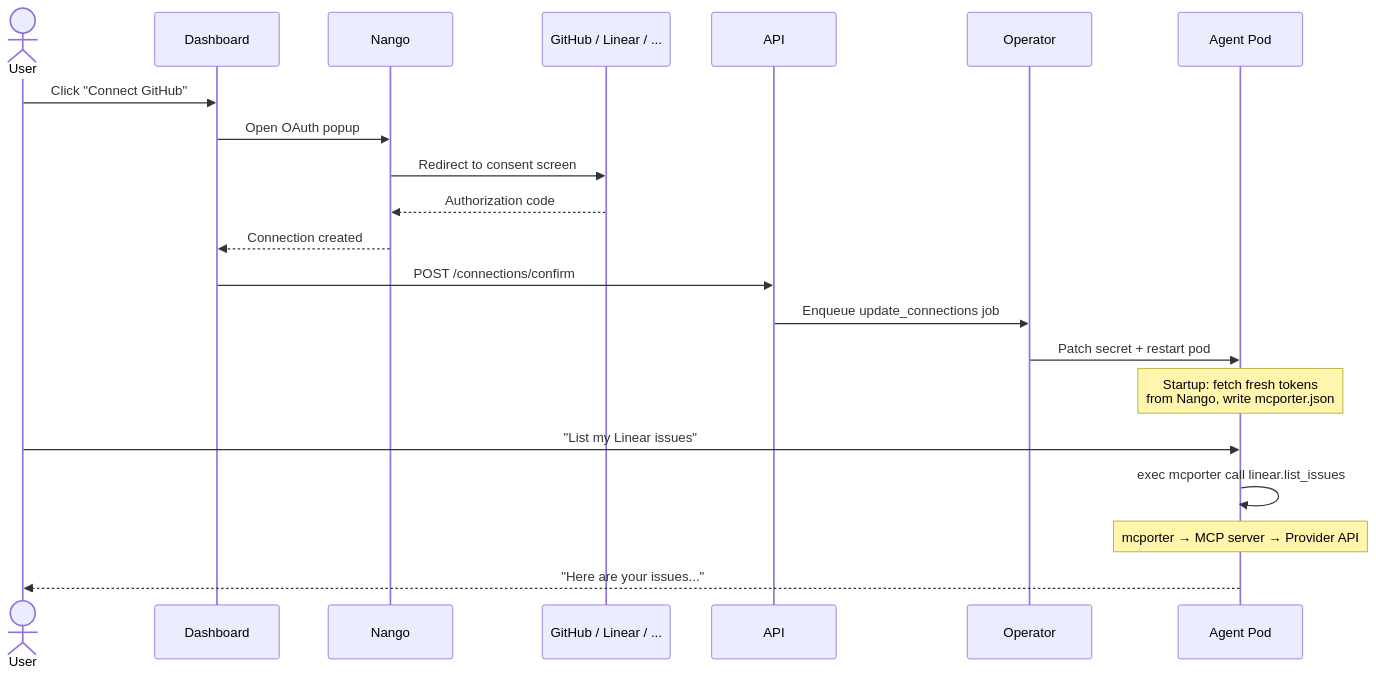
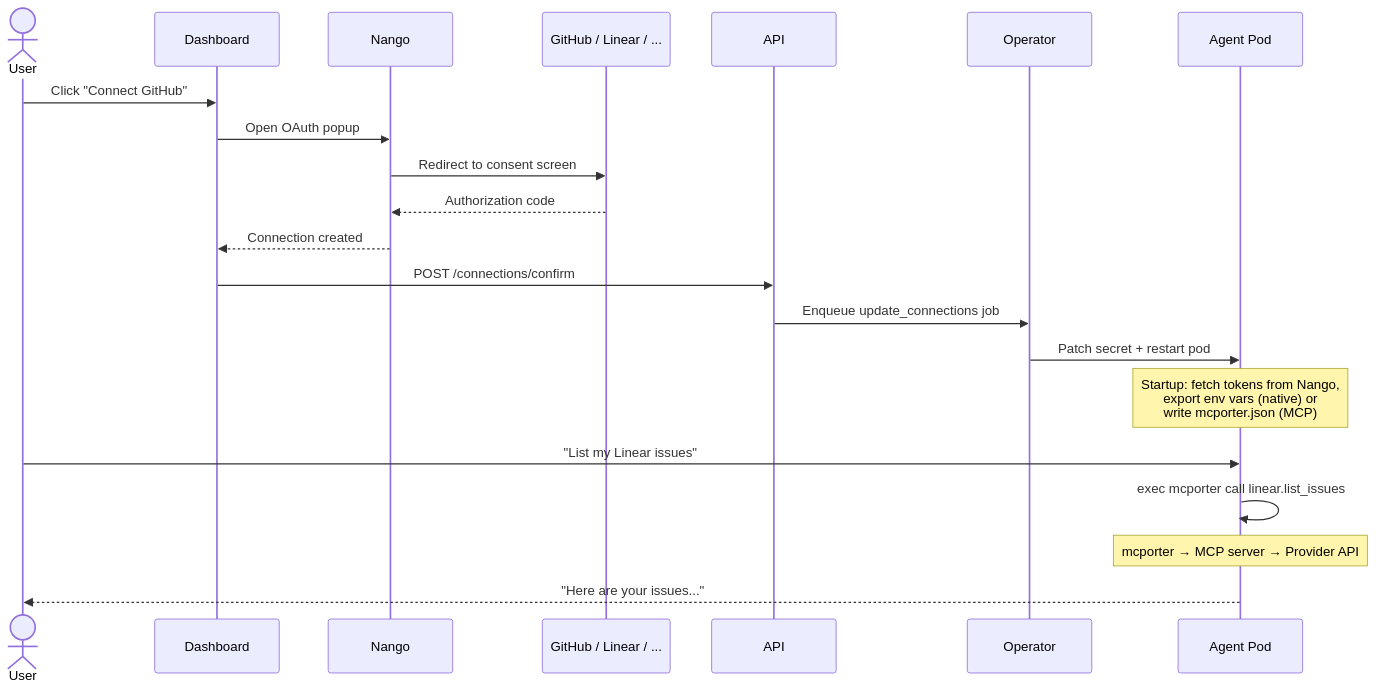
The second of 2 diagrams in README.md (andreabadesso/openclaw-cloud), drawn with Mermaid before and after one commit. The commit also changed other lines of this file, not shown here.

First line of the commit message:
docs: update README with billing-worker, native vs MCP providers, CI, tests

````diff
--- a/README.md
+++ b/README.md
@@ -88,27 +98,27 @@
 ```mermaid
 sequenceDiagram
   actor User
   participant Dashboard
   participant Nango
   participant Provider as GitHub / Linear / ...
   participant API
   participant Operator
   participant Agent as Agent Pod
 
   User->>Dashboard: Click "Connect GitHub"
   Dashboard->>Nango: Open OAuth popup
   Nango->>Provider: Redirect to consent screen
   Provider-->>Nango: Authorization code
   Nango-->>Dashboard: Connection created
 
   Dashboard->>API: POST /connections/confirm
   API->>Operator: Enqueue update_connections job
   Operator->>Agent: Patch secret + restart pod
 
-  Note over Agent: Startup: fetch fresh tokens<br/>from Nango, write mcporter.json
+  Note over Agent: Startup: fetch tokens from Nango,<br/>export env vars (native) or<br/>write mcporter.json (MCP)
 
   User->>Agent: "List my Linear issues"
   Agent->>Agent: exec mcporter call linear.list_issues
   Note over Agent: mcporter → MCP server → Provider API
   Agent-->>User: "Here are your issues..."
 ```
````
